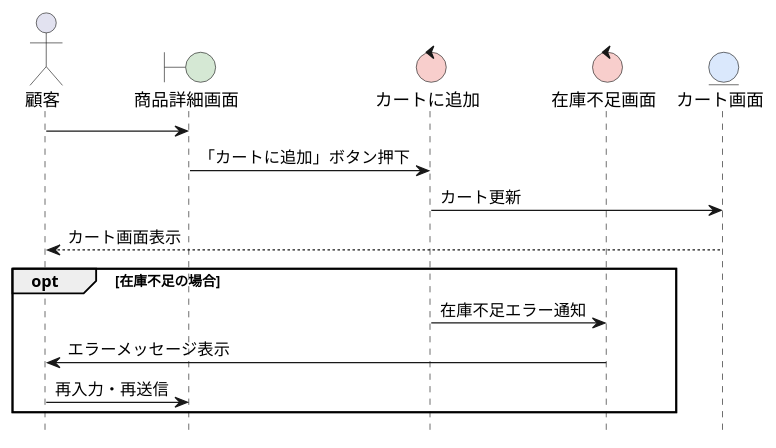
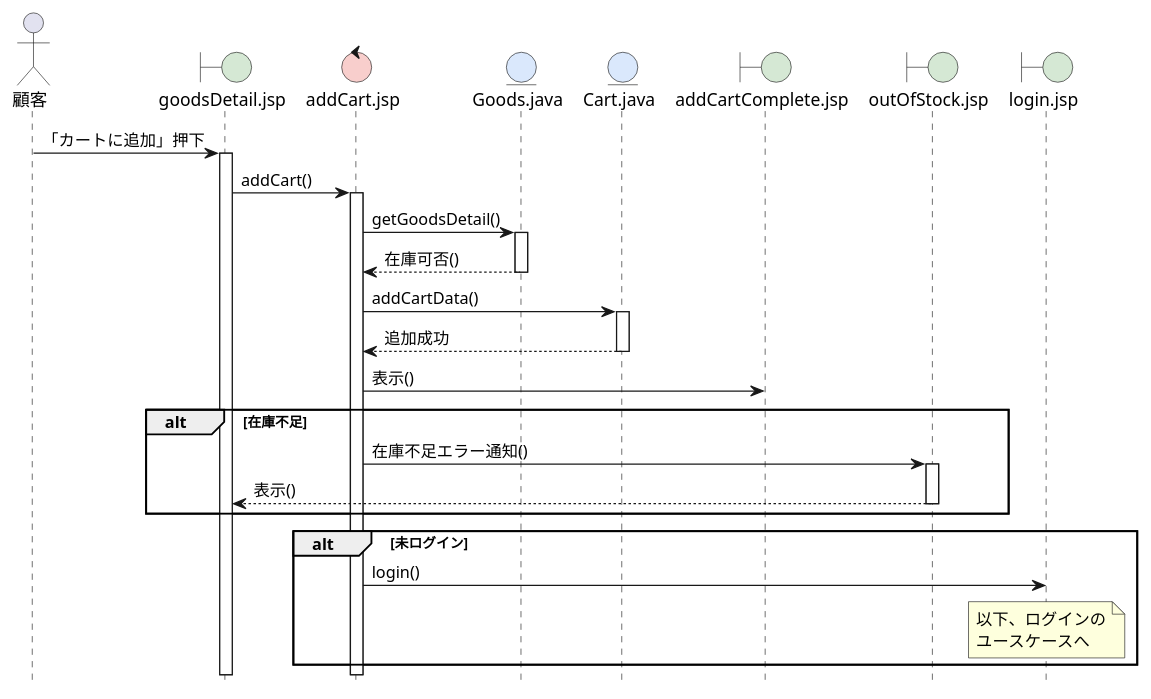
The diagram in bbshop/sequence_01.pu (koukii0320/ohara_uml), drawn with PlantUML before and after one commit. The commit also changed 2 other files, not shown here.

```diff
--- a/bbshop/sequence_01.pu
+++ b/bbshop/sequence_01.pu
@@ -1,24 +1,49 @@
 @startuml カートに追加シーケンス図
 hide footbox
 skinparam boundaryBackgroundColor #D5E8D4
 skinparam controlBackgroundColor  #F8CECC
 skinparam entityBackgroundColor   #DAE8FC
 
 actor 顧客 as A
-boundary 商品詳細画面 as B1
-control カートに追加 as B2
-control 在庫不足画面 as C2
-entity カート画面 as C1
+boundary "goodsDetail.jsp" as B1 
+control "addCart.jsp" as C
+entity "Goods.java" as S
+entity "Cart.java" as K
+boundary "addCartComplete.jsp" as M
+boundary "outOfStock.jsp" as E
+boundary "login.jsp" as L
 
-A -> B1: 
-B1 -> B2: 「カートに追加」ボタン押下
-B2 -> C1: カート更新
-C1 --> A: カート画面表示
+A -> B1: 「カートに追加」押下
+activate B1
 
-opt 在庫不足の場合
-    B2 -> C2: 在庫不足エラー通知
-    C2 -> A: エラーメッセージ表示
-    A -> B1: 再入力・再送信
+B1 -> C: addCart()
+activate C
+
+C -> S: getGoodsDetail()
+activate S
+S --> C: 在庫可否()
+deactivate S
+
+C -> K: addCartData()
+activate K
+K --> C: 追加成功
+deactivate K
+
+C -> M: 表示()
+
+alt 在庫不足
+    C -> E: 在庫不足エラー通知()
+    activate E
+    E --> B1: 表示()
+    deactivate E
+end
+
+alt 未ログイン
+    C -> L: login()
+    note over L
+        以下、ログインの
+        ユースケースへ
+    end note
 end
 
 @enduml
```
